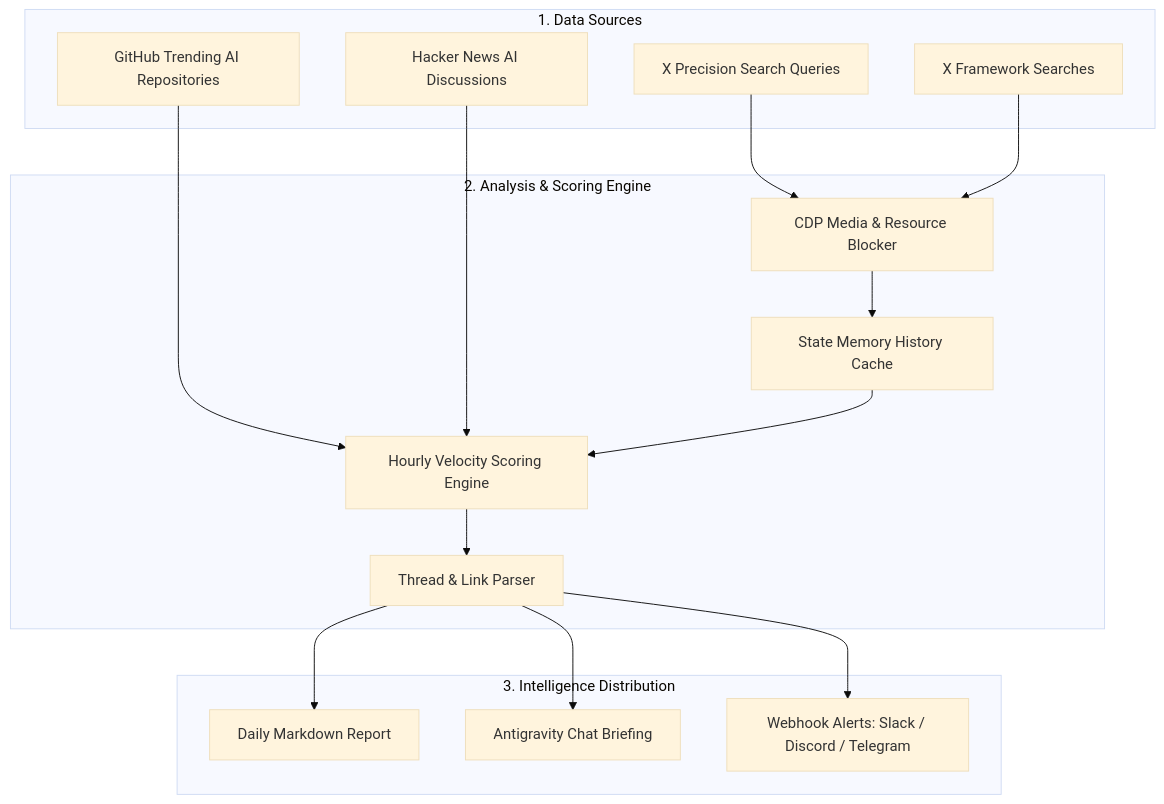
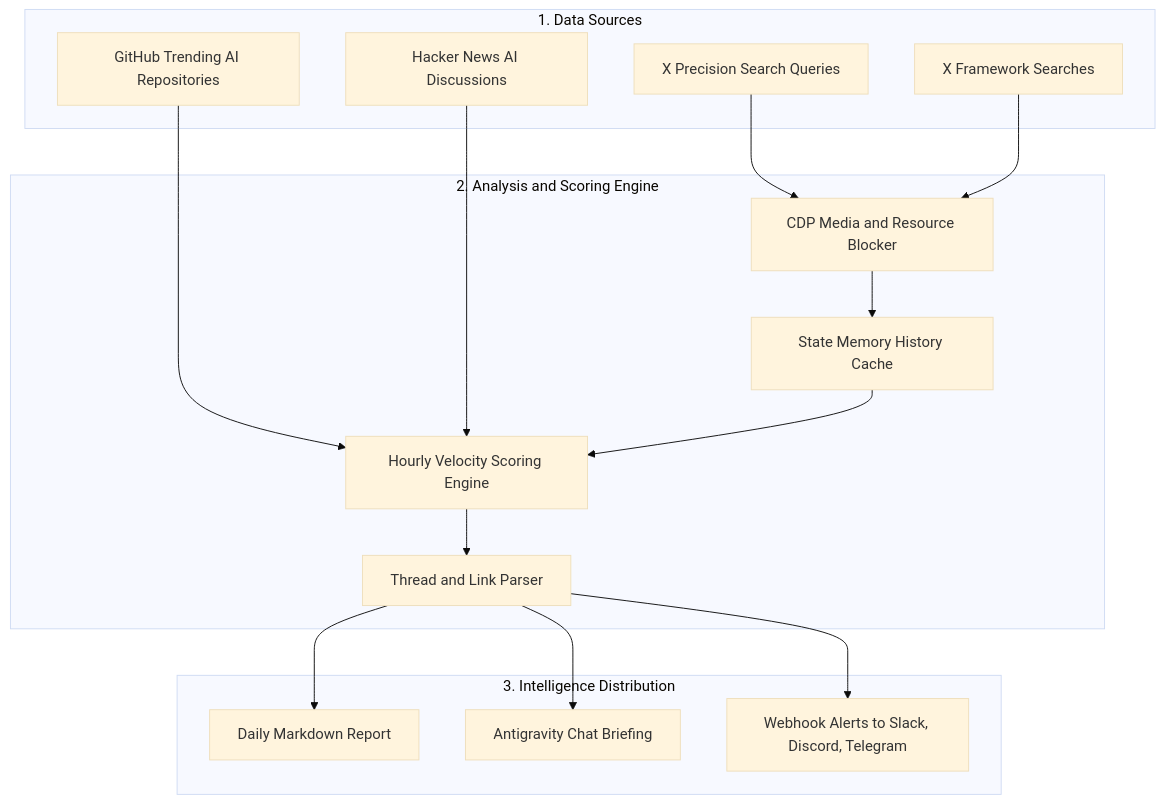
One commit to nanbada/X-AI-Radar changed the diagram in AGENTS.md. Above: the diagram before and after it, drawn with Mermaid (base theme). The commit also changed 2 other files, not shown here.

Commit message:
fix(docs): refactor Mermaid diagram to graph TD with clean subgraph IDs for 100% GitHub compatibility

````diff
--- a/AGENTS.md
+++ b/AGENTS.md
@@ -25,33 +25,33 @@
 ```mermaid
-flowchart TD
-    subgraph Sources["1. Data Sources"]
-        A1["X Precision Search Queries"]
-        A2["X Framework Searches"]
-        A3["GitHub Trending AI Repositories"]
-        A4["Hacker News AI Discussions"]
+graph TD
+    subgraph S1 [1. Data Sources]
+        A1[X Precision Search Queries]
+        A2[X Framework Searches]
+        A3[GitHub Trending AI Repositories]
+        A4[Hacker News AI Discussions]
     end
 
-    subgraph Core["2. Analysis & Scoring Engine"]
-        B1["CDP Media & Resource Blocker"]
-        B2["State Memory History Cache"]
-        B3["Hourly Velocity Scoring Engine"]
-        B4["Thread & Link Parser"]
+    subgraph S2 [2. Analysis and Scoring Engine]
+        B1[CDP Media and Resource Blocker]
+        B2[State Memory History Cache]
+        B3[Hourly Velocity Scoring Engine]
+        B4[Thread and Link Parser]
     end
 
-    subgraph Outputs["3. Intelligence Distribution"]
-        C1["Daily Markdown Report"]
-        C2["Antigravity Chat Briefing"]
-        C3["Webhook Alerts: Slack / Discord / Telegram"]
+    subgraph S3 [3. Intelligence Distribution]
+        C1[Daily Markdown Report]
+        C2[Antigravity Chat Briefing]
+        C3[Webhook Alerts to Slack, Discord, Telegram]
     end
 
     A1 --> B1
     A2 --> B1
     A3 --> B3
     A4 --> B3
     B1 --> B2
     B2 --> B3
     B3 --> B4
     B4 --> C1
     B4 --> C2
     B4 --> C3
 ```
````
